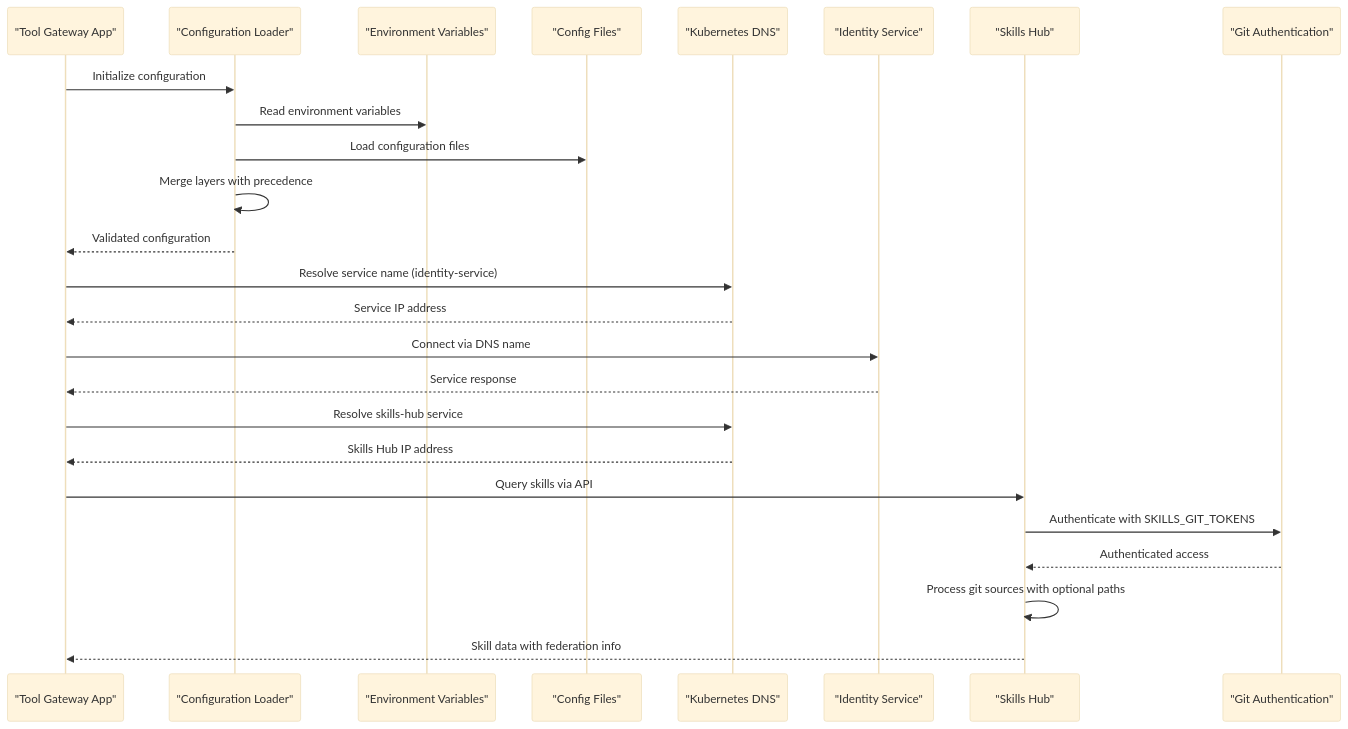
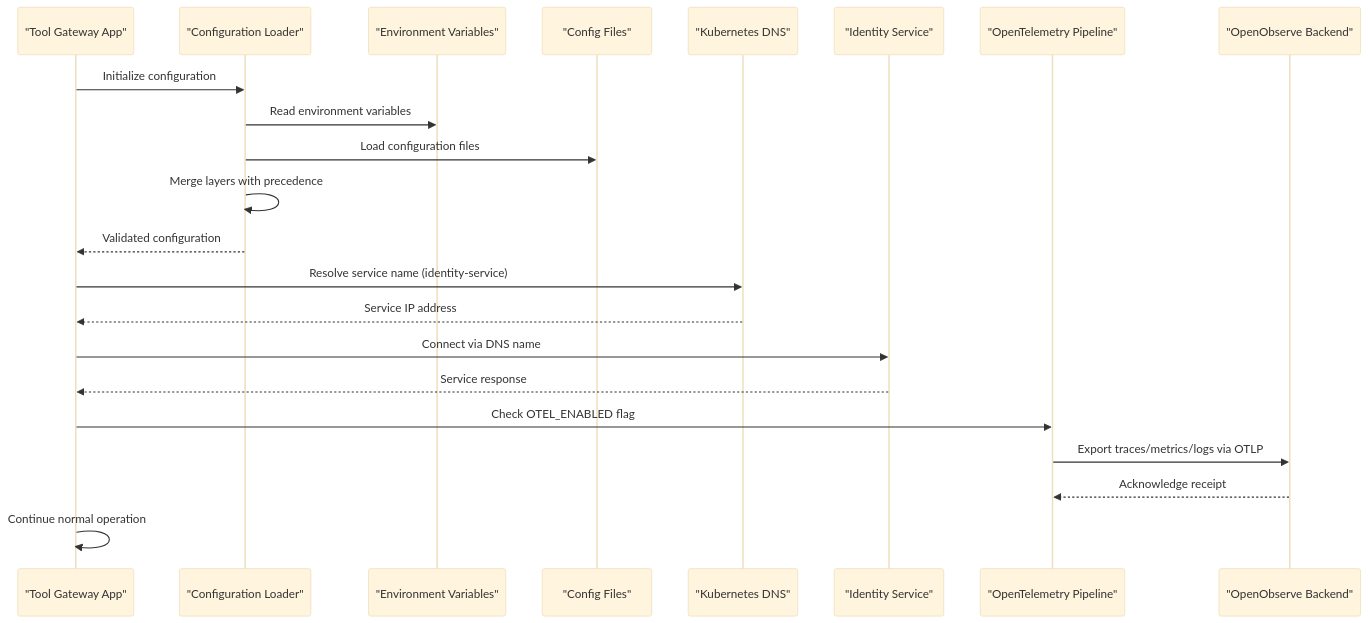
Before and after one commit to metasync/luban-aiops: the second of 10 diagrams in .qoder/repowiki/en/content/Tool Gateway Service/Configuration and Environment Setup.md, drawn with Mermaid (base theme). The commit also changed other lines of this file and 71 other files, not shown here.

Commit message:
docs: refresh repowiki knowledge cache after OpenObserve telemetry enablement

````diff
--- a/.qoder/repowiki/en/content/Tool Gateway Service/Configuration and Environment Setup.md
+++ b/.qoder/repowiki/en/content/Tool Gateway Service/Configuration and Environment Setup.md
@@ -149,27 +146,24 @@
 ```mermaid
 sequenceDiagram
 participant App as "Tool Gateway App"
 participant Config as "Configuration Loader"
 participant Env as "Environment Variables"
 participant File as "Config Files"
 participant DNS as "Kubernetes DNS"
 participant Service as "Identity Service"
-participant SkillsHub as "Skills Hub"
-participant GitAuth as "Git Authentication"
+participant OTel as "OpenTelemetry Pipeline"
+participant Backend as "OpenObserve Backend"
 App->>Config : Initialize configuration
 Config->>Env : Read environment variables
 Config->>File : Load configuration files
 Config->>Config : Merge layers with precedence
 Config-->>App : Validated configuration
 App->>DNS : Resolve service name (identity-service)
 DNS-->>App : Service IP address
 App->>Service : Connect via DNS name
 Service-->>App : Service response
-App->>DNS : Resolve skills-hub service
-DNS-->>App : Skills Hub IP address
-App->>SkillsHub : Query skills via API
-SkillsHub->>GitAuth : Authenticate with SKILLS_GIT_TOKENS
-GitAuth-->>SkillsHub : Authenticated access
-SkillsHub->>SkillsHub : Process git sources with optional paths
-SkillsHub-->>App : Skill data with federation info
+App->>OTel : Check OTEL_ENABLED flag
+OTel->>Backend : Export traces/metrics/logs via OTLP
+Backend-->>OTel : Acknowledge receipt
+App->>App : Continue normal operation
 ```
````
